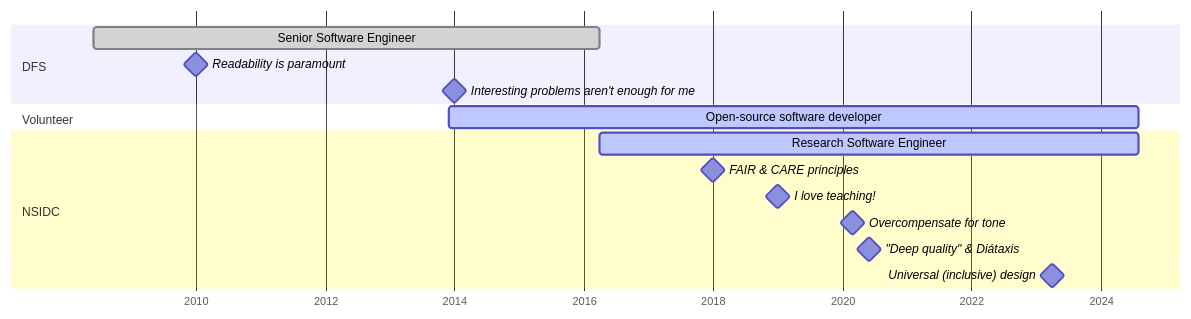
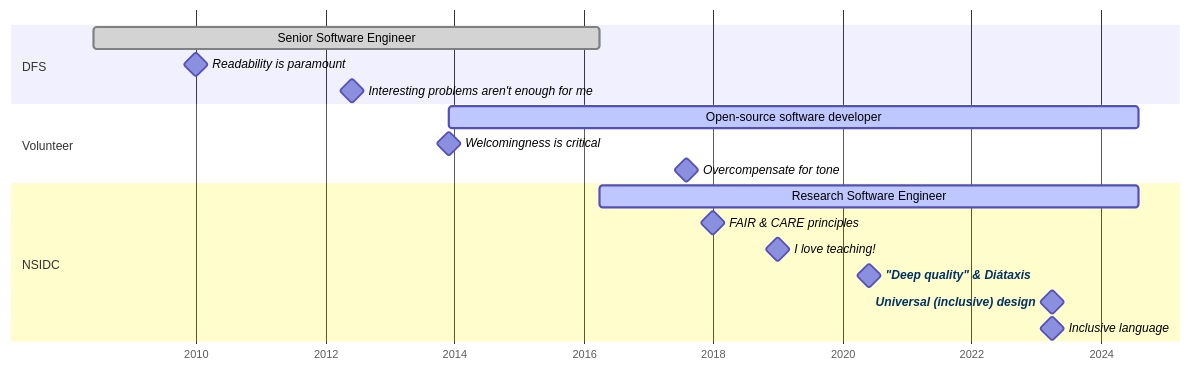
Before and after one commit to mfisher87/presentation-self: the second of 2 diagrams in index.qmd, drawn with Mermaid. The commit also changed other lines of this file and 5 other files, not shown here.

````diff
--- a/index.qmd
+++ b/index.qmd
@@ -120,24 +154,30 @@
 ```{mermaid}
 %% NOTE: Prefix `pfx-` is used to workaround a bug:
 %%       https://github.com/quarto-dev/quarto-cli/issues/10455
 gantt
   dateFormat YYYY-MM
   axisFormat %Y
 
   Section DFS
     Senior Software Engineer                  :done, pfx-dfs, 2008-06, 2016-04
     Readability is paramount                  :milestone, pfx-readability, 2010-01, 1d
-    Interesting problems aren't enough for me :milestone, pfx-impact, 2014-01, 1d
+    Interesting problems aren't enough for me :milestone, pfx-impact, 2012-06, 1d
 
   Section Volunteer
     Open-source software developer            :active, pfx-oss, 2013-12, 2024-08
+    Welcomingness is critical                 :milestone, pfx-welcoming, 2013-12, 1d
+    Overcompensate for tone                   :milestone, pfx-tone, 2017-08, 1d
 
 
   Section NSIDC
     Research Software Engineer                :active, pfx-nsidc, after pfx-dfs, 2024-08
     FAIR & CARE principles                    :milestone, pfx-faircare, 2018-01, 1d
     I love teaching!                          :milestone, pfx-teaching, 2019-01, 1d
-    Overcompensate for tone                   :milestone, pfx-tone, 2020-03, 1d
     "Deep quality" & Diátaxis                 :milestone, pfx-diataxis, 2020-06, 1d
-    Universal (inclusive) design              :milestone, pfx-inclusive, 2023-04, 1d
+    Universal (inclusive) design              :milestone, pfx-inclusive-design, 2023-04, 1d
+    Inclusive language                        :milestone, pfx-inclusive-lang, 2023-04, 1d
+
+
+  click pfx-diataxis href "https://www.diataxis.fr/"
+  click pfx-inclusive-design href "https://alexjs.com/"
 ```
````
